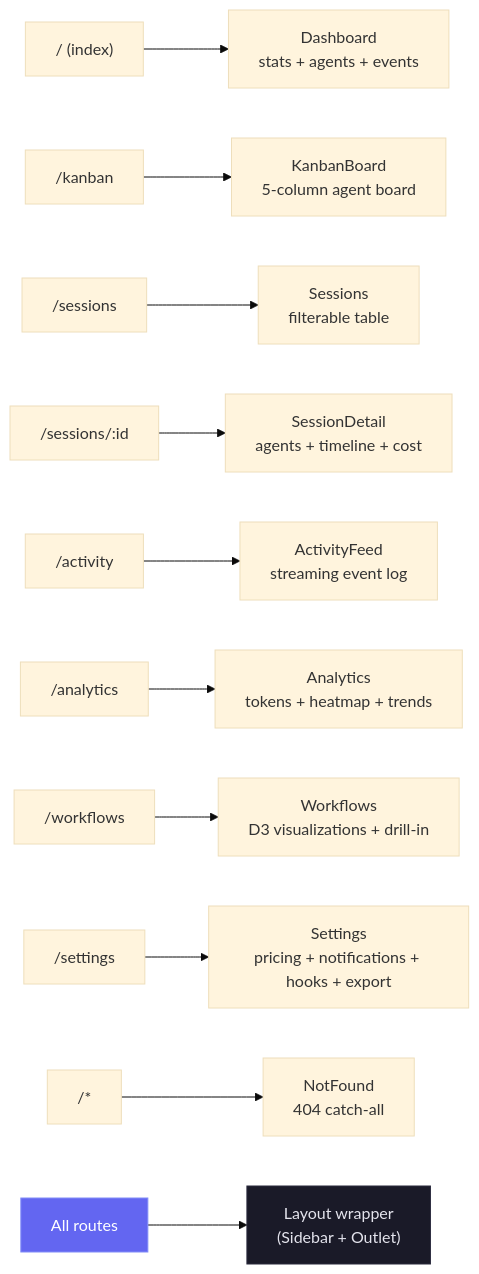
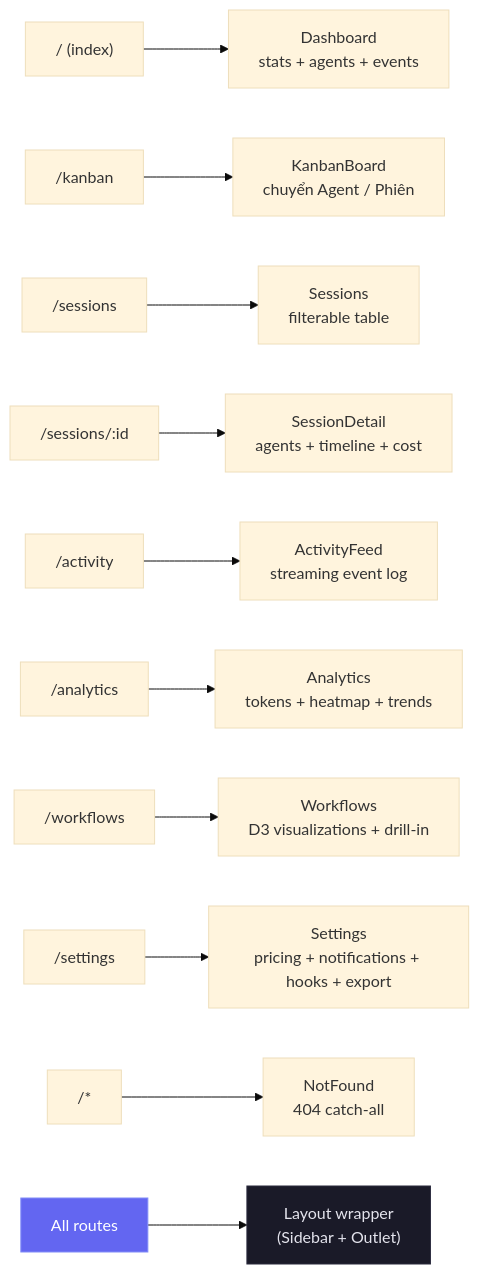
Diagram 17 of 21 in README-VN.md (fadighattas100/Claude-Code-Agent-Monitor), drawn with Mermaid (base theme) before and after one commit. The commit also changed other lines of this file and 4 other files, not shown here.

````diff
--- a/README-VN.md
+++ b/README-VN.md
@@ -1234,17 +1234,17 @@
 ```mermaid
 graph LR
     ROOT["/ (index)"] --> DASH["Dashboard<br/>stats + agents + events"]
-    K["/kanban"] --> KANBAN["KanbanBoard<br/>5-column agent board"]
+    K["/kanban"] --> KANBAN["KanbanBoard<br/>chuyển Agent / Phiên"]
     S["/sessions"] --> SESS["Sessions<br/>filterable table"]
     D["/sessions/:id"] --> DETAIL["SessionDetail<br/>agents + timeline + cost"]
     A["/activity"] --> ACT["ActivityFeed<br/>streaming event log"]
     AN["/analytics"] --> ANALYTICS["Analytics<br/>tokens + heatmap + trends"]
     WF["/workflows"] --> WORKFLOWS["Workflows<br/>D3 visualizations + drill-in"]
     ST["/settings"] --> SETTINGS["Settings<br/>pricing + notifications + hooks + export"]
     NF["/*"] --> NOTFOUND["NotFound<br/>404 catch-all"]
 
     ALL["All routes"] --> LAYOUT["Layout wrapper<br/>(Sidebar + Outlet)"]
 
     style ALL fill:#6366f1,stroke:#818cf8,color:#fff
     style LAYOUT fill:#1a1a28,stroke:#2a2a3d,color:#e4e4ed
 ```
````
